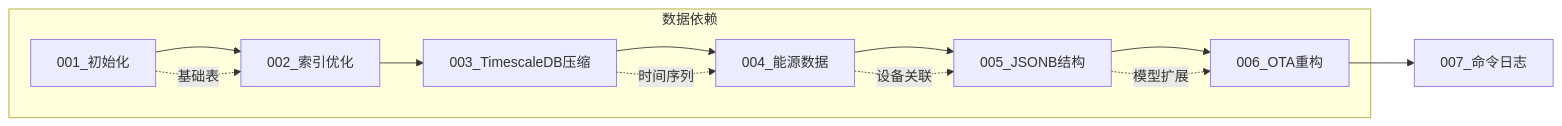
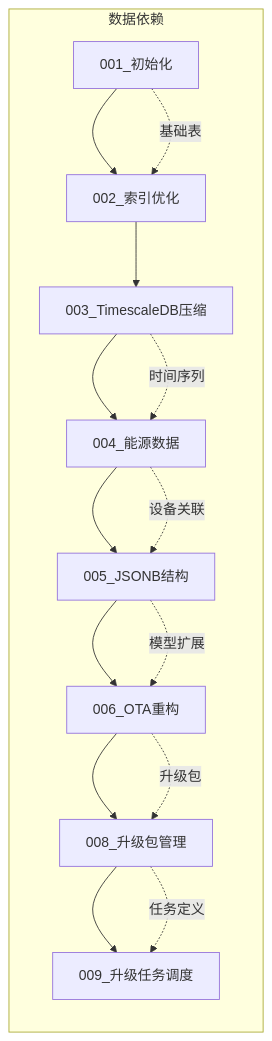
Before and after one commit to mcmrzy/cs_inv_monitor-develop: diagram 15 of 19 in .qoder/repowiki/zh/content/数据库设计/数据库迁移管理.md, drawn with Mermaid. The commit also changed other lines of this file and 128 other files, not shown here.

````diff
--- a/.qoder/repowiki/zh/content/数据库设计/数据库迁移管理.md
+++ b/.qoder/repowiki/zh/content/数据库设计/数据库迁移管理.md
@@ -405,15 +541,18 @@
 ```mermaid
 graph LR
 INIT[001_初始化] --> INDEXES[002_索引优化]
 INDEXES --> COMPRESSION[003_TimescaleDB压缩]
 COMPRESSION --> ENERGY[004_能源数据]
 ENERGY --> JSONB[005_JSONB结构]
 JSONB --> OTA[006_OTA重构]
-OTA --> CMDLOGS[007_命令日志]
+OTA --> UPGRADE_PACKAGES[008_升级包管理]
+UPGRADE_PACKAGES --> UPGRADE_TASKS[009_升级任务调度]
 subgraph "数据依赖"
 INIT -.->|基础表| INDEXES
 COMPRESSION -.->|时间序列| ENERGY
 ENERGY -.->|设备关联| JSONB
 JSONB -.->|模型扩展| OTA
+OTA -.->|升级包| UPGRADE_PACKAGES
+UPGRADE_PACKAGES -.->|任务定义| UPGRADE_TASKS
 end
 ```
````
